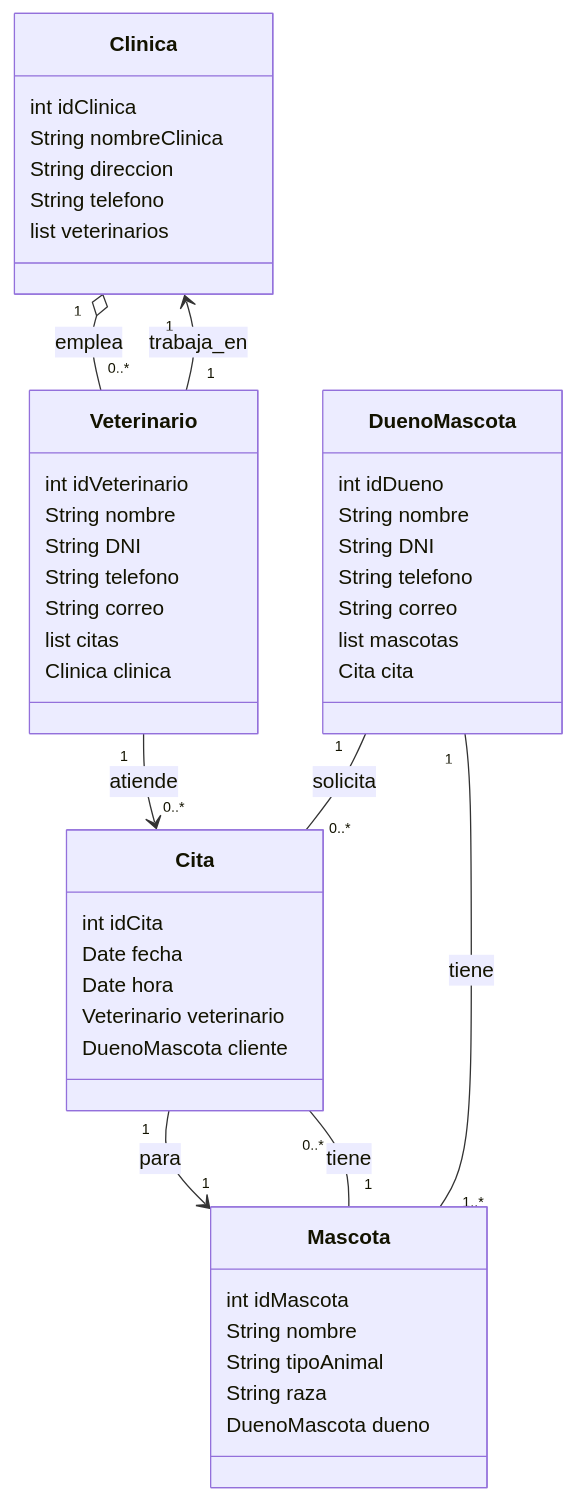
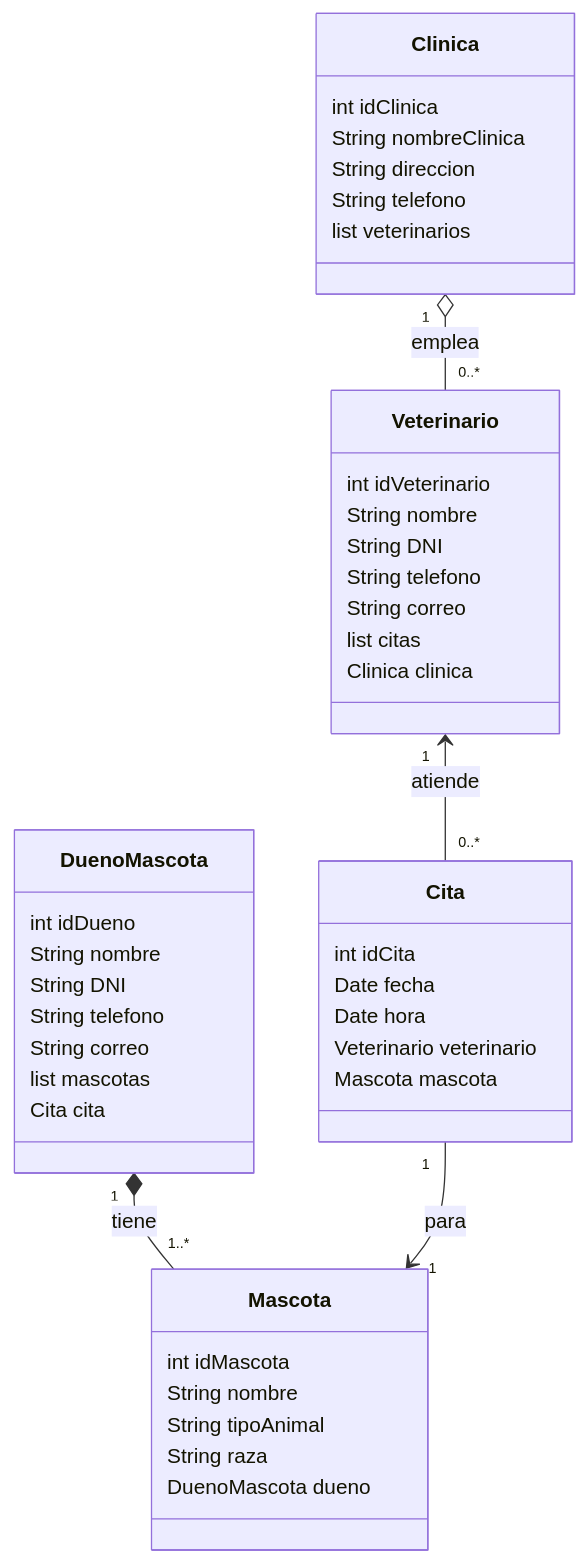
The diagram in doc/diagrama_clases.md (AdderEd/clinicaveterinaria), drawn with Mermaid before and after one commit.

Commit message:
MermaidCorregido

````diff
--- a/doc/diagrama_clases.md
+++ b/doc/diagrama_clases.md
@@ -1,57 +1,54 @@
 ```mermaid
 
 classDiagram
 
 Clinica "1" o-- "0..*" Veterinario : emplea
-Veterinario "1" --> "1" Clinica : trabaja_en
-Veterinario "1" --> "0..*" Cita : atiende
-DuenoMascota "1" -- "0..*" Cita : solicita
-DuenoMascota "1" -- "1..*" Mascota : tiene
+Veterinario "1" <-- "0..*" Cita : atiende
+DuenoMascota "1" *-- "1..*" Mascota : tiene
 Cita "1" --> "1" Mascota : para
-Mascota "1" -- "0..*" Cita : tiene
 
 class Clinica {
     int idClinica
     String nombreClinica
     String direccion
     String telefono
     list<Veterinario> veterinarios
 }
 
 class Veterinario {
     int idVeterinario
     String nombre
     String DNI
     String telefono
     String correo
     list<Cita> citas
     Clinica clinica
 }
 
 class Cita {
     int idCita
     Date fecha
     Date hora
     Veterinario veterinario
-    DuenoMascota cliente
+    Mascota mascota
 }
 
 class DuenoMascota {
     int idDueno
     String nombre
     String DNI
     String telefono
     String correo
     list<Mascota> mascotas
     Cita cita
 }
 
 class Mascota {
     int idMascota
     String nombre
     String tipoAnimal
     String raza
     DuenoMascota dueno
 }
 
 ```
````
